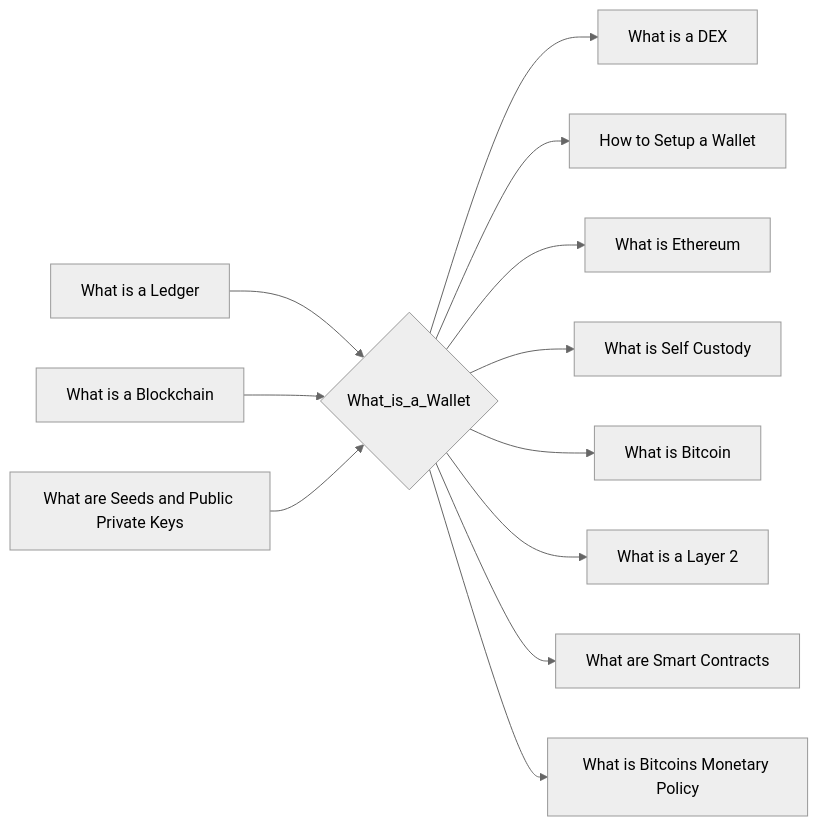
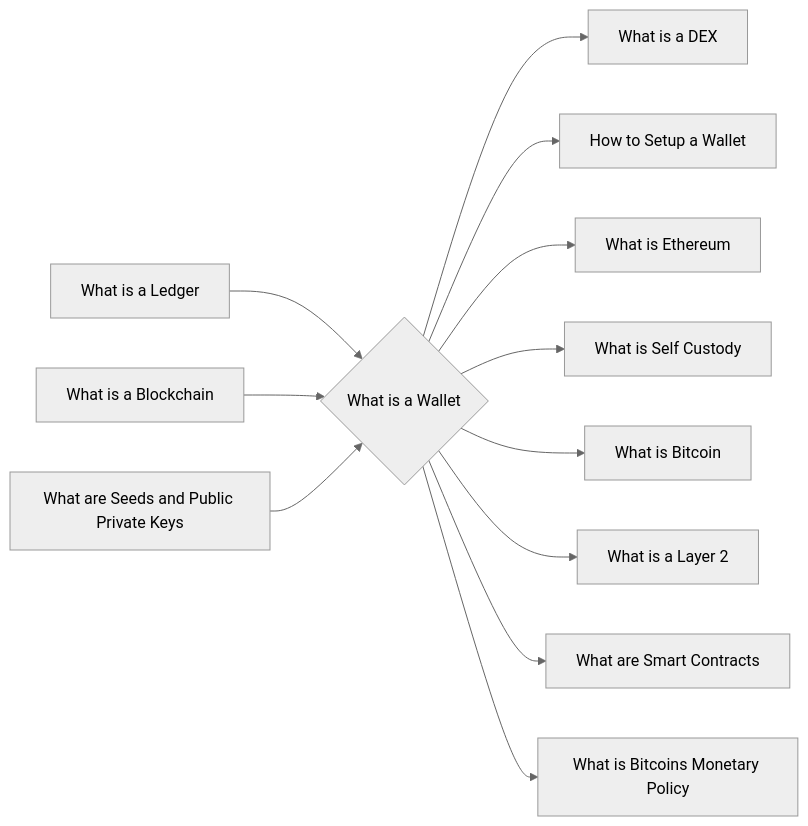
The diagram in notes/What_is_a_Wallet.md (lpurdy01/crypto-knowledge-map), drawn with Mermaid (neutral theme) before and after one commit. The commit also changed 58 other files, not shown here.

````diff
--- a/notes/What_is_a_Wallet.md
+++ b/notes/What_is_a_Wallet.md
@@ -12,14 +12,14 @@
 ```mermaid
 graph LR
-1["What is a Ledger"]-->0{"What_is_a_Wallet"}
-2["What is a Blockchain"]-->0{"What_is_a_Wallet"}
-3["What are Seeds and Public Private Keys"]-->0{"What_is_a_Wallet"}
-0{"What_is_a_Wallet"}-->4["What is a DEX"]
-0{"What_is_a_Wallet"}-->5["How to Setup a Wallet"]
-0{"What_is_a_Wallet"}-->6["What is Ethereum"]
-0{"What_is_a_Wallet"}-->7["What is Self Custody"]
-0{"What_is_a_Wallet"}-->8["What is Bitcoin"]
-0{"What_is_a_Wallet"}-->9["What is a Layer 2"]
-0{"What_is_a_Wallet"}-->10["What are Smart Contracts"]
-0{"What_is_a_Wallet"}-->11["What is Bitcoins Monetary Policy"]
+1["What is a Ledger"]-->0{"What is a Wallet"}
+2["What is a Blockchain"]-->0{"What is a Wallet"}
+3["What are Seeds and Public Private Keys"]-->0{"What is a Wallet"}
+0{"What is a Wallet"}-->4["What is a DEX"]
+0{"What is a Wallet"}-->5["How to Setup a Wallet"]
+0{"What is a Wallet"}-->6["What is Ethereum"]
+0{"What is a Wallet"}-->7["What is Self Custody"]
+0{"What is a Wallet"}-->8["What is Bitcoin"]
+0{"What is a Wallet"}-->9["What is a Layer 2"]
+0{"What is a Wallet"}-->10["What are Smart Contracts"]
+0{"What is a Wallet"}-->11["What is Bitcoins Monetary Policy"]
 ```
````
